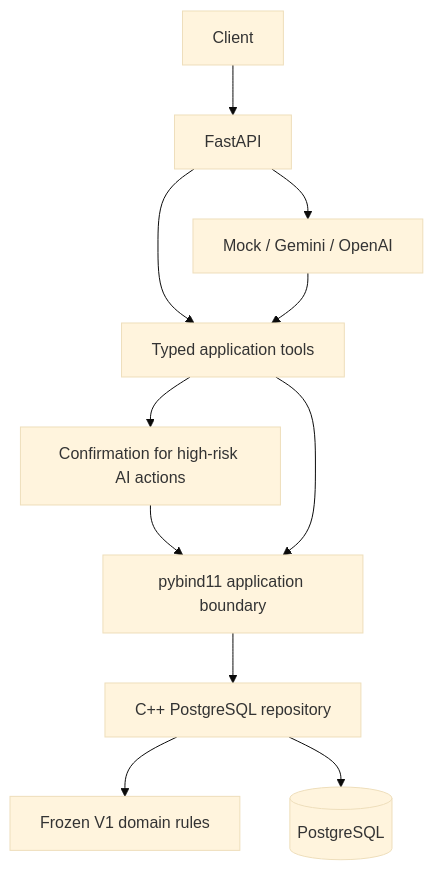
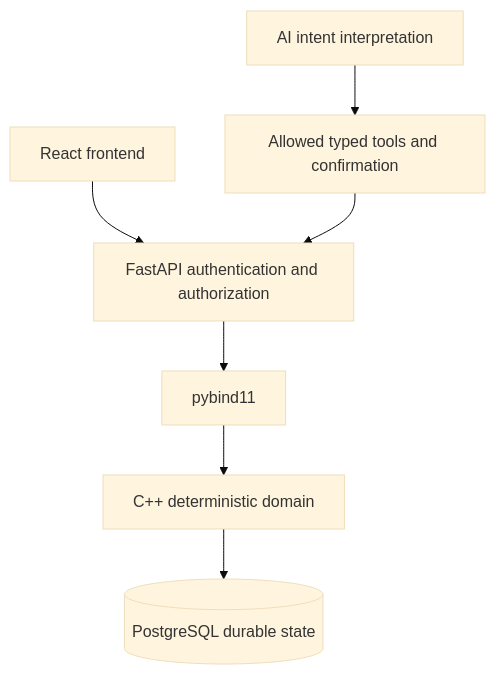
Before and after one commit to prashantsingh5/LibraCore: the diagram in README.md, drawn with Mermaid (base theme). The commit also changed other lines of this file and 164 other files, not shown here.

````diff
--- a/README.md
+++ b/README.md
@@ -17,13 +25,9 @@
 ```mermaid
 flowchart TD
-    C[Client] --> A[FastAPI]
-    A --> T[Typed application tools]
-    A --> L[Mock / Gemini / OpenAI]
-    L --> T
-    T --> F[Confirmation for high-risk AI actions]
-    F --> P[pybind11 application boundary]
-    T --> P
-    P --> R[C++ PostgreSQL repository]
-    R --> D[Frozen V1 domain rules]
-    R --> DB[(PostgreSQL)]
+ UI[React frontend] --> API[FastAPI authentication and authorization]
+ AI[AI intent interpretation] --> Tools[Allowed typed tools and confirmation]
+ Tools --> API
+ API --> Bind[pybind11]
+ Bind --> Core[C++ deterministic domain]
+ Core --> DB[(PostgreSQL durable state)]
 ```
````
